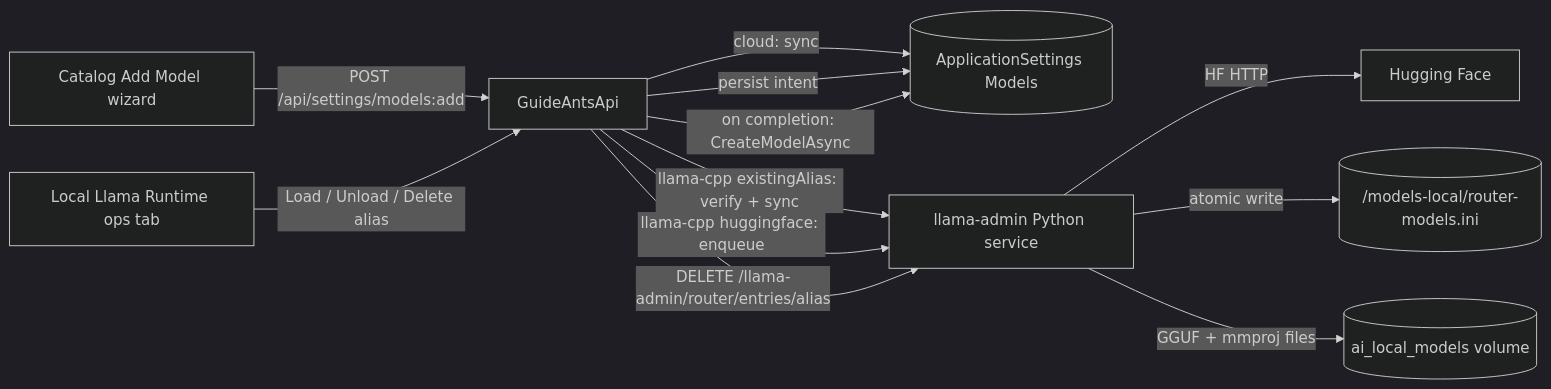
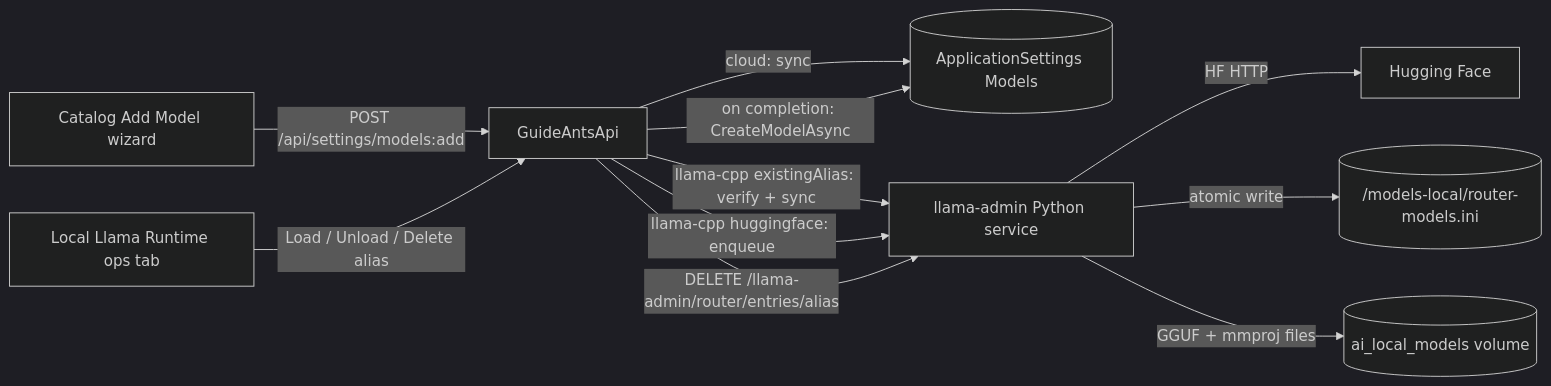
The diagram in docs/add-model-wizard-and-catalog-redesign.md (Elumenotion/GuideAnts), drawn with Mermaid (dark theme) before and after one commit. The commit also changed other lines of this file and 37 other files, not shown here.

````diff
--- a/docs/add-model-wizard-and-catalog-redesign.md
+++ b/docs/add-model-wizard-and-catalog-redesign.md
@@ -446,14 +397,13 @@
 ```mermaid
 flowchart LR
   UI[Catalog Add Model wizard] -->|POST /api/settings/models:add| API[GuideAntsApi]
   API -->|cloud: sync| DB[(ApplicationSettings Models)]
   API -->|llama-cpp existingAlias: verify + sync| Admin[llama-admin Python service]
   API -->|llama-cpp huggingface: enqueue| Admin
-  API -->|persist intent| DB
   Admin -->|HF HTTP| HF[Hugging Face]
   Admin -->|atomic write| Router[(/models-local/router-models.ini)]
   Admin -->|GGUF + mmproj files| Volume[(ai_local_models volume)]
   API -->|on completion: CreateModelAsync| DB
   UI2[Local Llama Runtime ops tab] -->|Load / Unload / Delete alias| API
   API -->|DELETE /llama-admin/router/entries/alias| Admin
 ```
````
